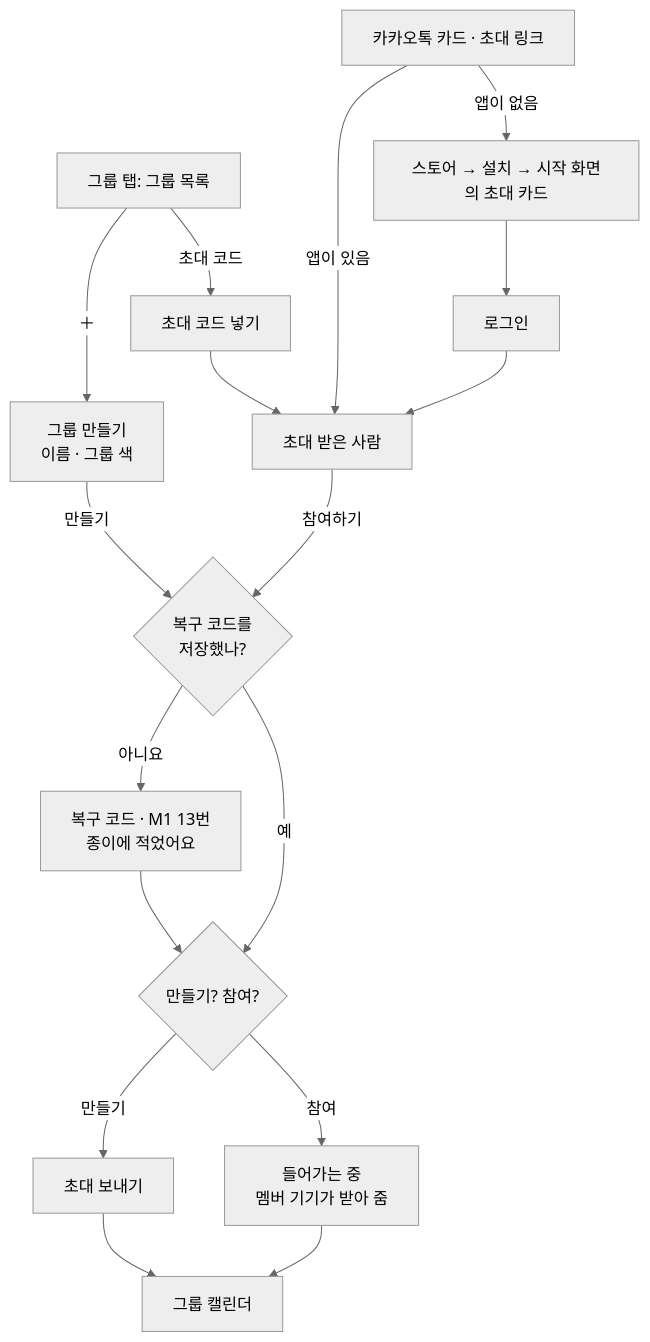
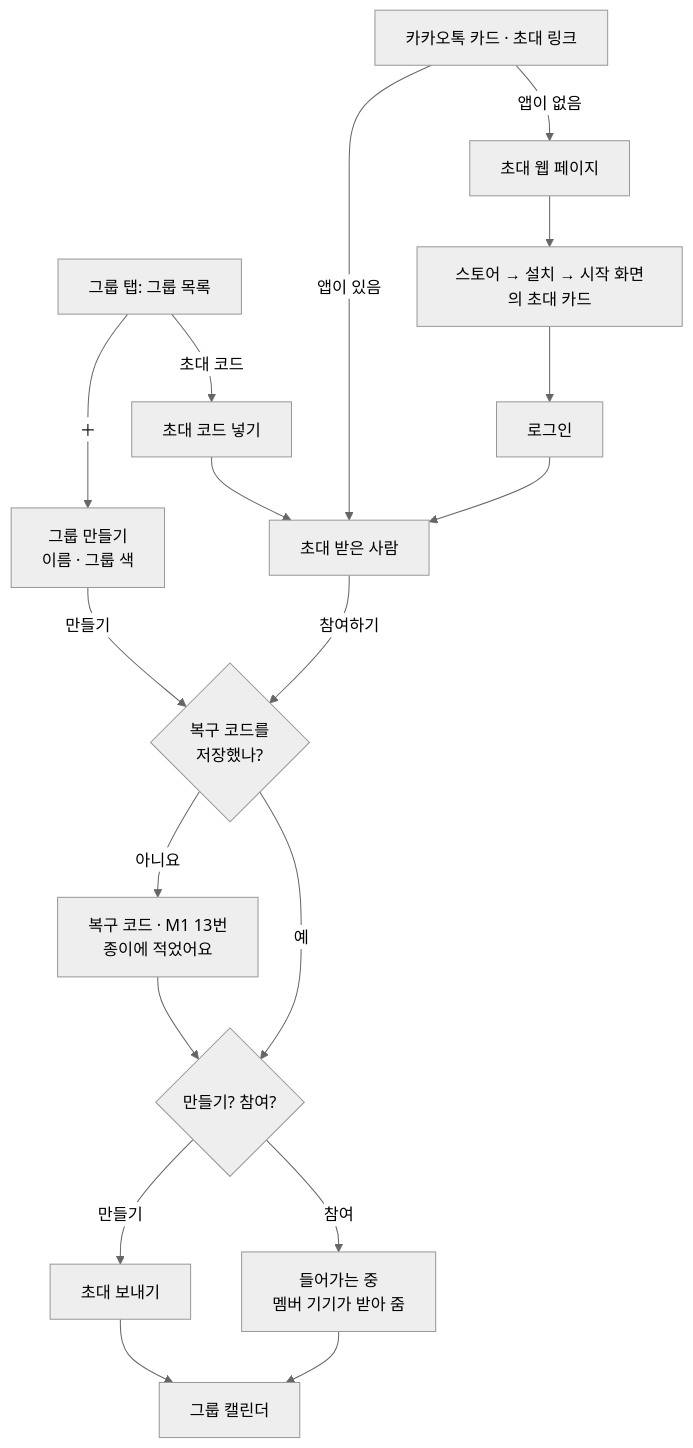
One commit to LeeDongHyun00/geunal-eottae changed the first of 4 diagrams in docs/design/m2.md. Above: the diagram before and after it, drawn with Mermaid (neutral theme). The commit also changed other lines of this file and 12 other files, not shown here.

````diff
--- a/docs/design/m2.md
+++ b/docs/design/m2.md
@@ -40,14 +41,14 @@
 ```mermaid
 flowchart TD
     T[그룹 탭: 그룹 목록] -->|＋| N[그룹 만들기<br>이름 · 그룹 색]
     T -->|초대 코드| C[초대 코드 넣기]
     K[카카오톡 카드 · 초대 링크] -->|앱이 있음| J[초대 받은 사람]
-    K -->|앱이 없음| A[스토어 → 설치 → 시작 화면의 초대 카드] --> L[로그인] --> J
+    K -->|앱이 없음| WP[초대 웹 페이지] --> A[스토어 → 설치 → 시작 화면의 초대 카드] --> L[로그인] --> J
     C --> J
     N -->|만들기| R{복구 코드를<br>저장했나?}
     J -->|참여하기| R
     R -->|아니요| Q[복구 코드 · M1 13번<br>종이에 적었어요] --> P{만들기? 참여?}
     R -->|예| P
     P -->|만들기| I[초대 보내기] --> G[그룹 캘린더]
     P -->|참여| W[들어가는 중<br>멤버 기기가 받아 줌] --> G
 ```
````
